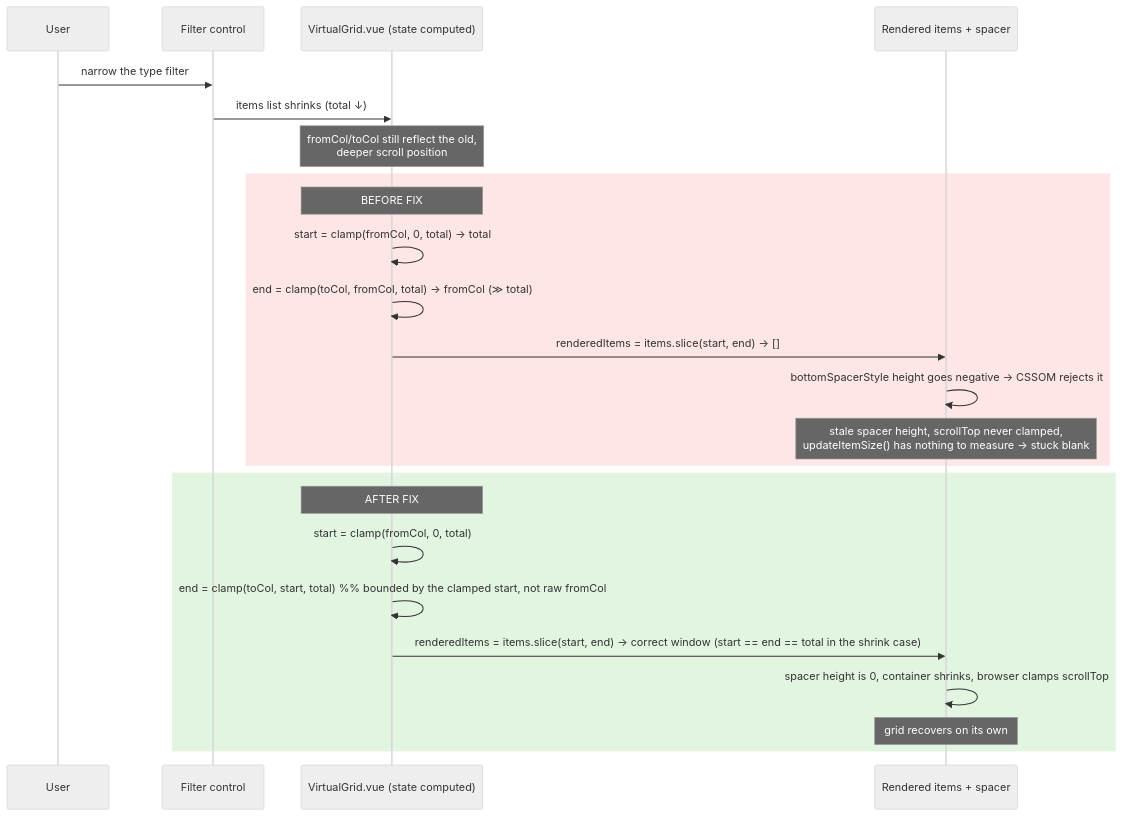
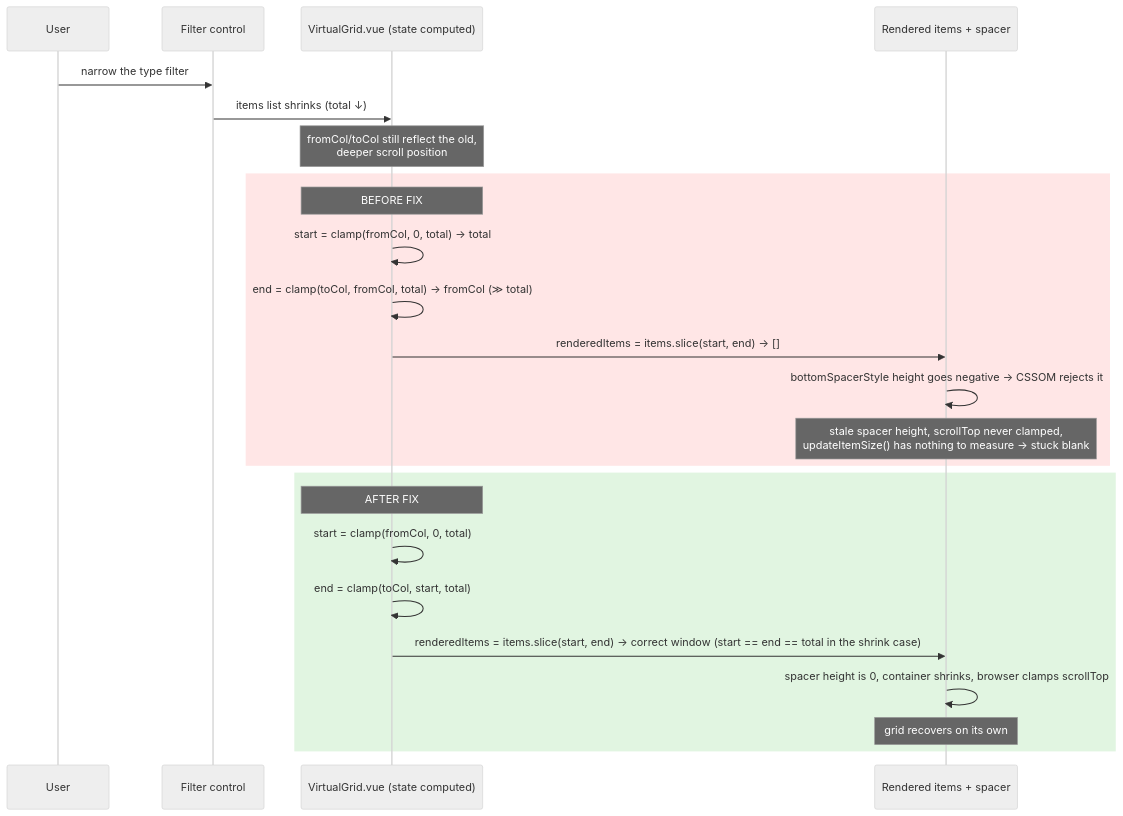
Before and after one commit to Comfy-Org/ComfyUI_frontend: the diagram in docs/tdd/2026-09-qa-followup-security-and-stability-fixes.md, drawn with Mermaid (neutral theme).

Commit message:
docs: remove redundant Mermaid comment
Amp-Thread-ID: https://ampcode.com/threads/T-01a0db96-01bf-76d4-81a5-97fe361171fe

````diff
--- a/docs/tdd/2026-09-qa-followup-security-and-stability-fixes.md
+++ b/docs/tdd/2026-09-qa-followup-security-and-stability-fixes.md
@@ -68,29 +68,29 @@
 ```mermaid
 sequenceDiagram
     participant User
     participant Filter as Filter control
     participant Grid as VirtualGrid.vue (state computed)
     participant DOM as Rendered items + spacer
 
     User->>Filter: narrow the type filter
     Filter->>Grid: items list shrinks (total ↓)
     Note over Grid: fromCol/toCol still reflect the old,<br/>deeper scroll position
 
     rect rgb(255,230,230)
     Note over Grid: BEFORE FIX
     Grid->>Grid: start = clamp(fromCol, 0, total) → total
     Grid->>Grid: end = clamp(toCol, fromCol, total) → fromCol (≫ total)
     Grid->>DOM: renderedItems = items.slice(start, end) → []
     DOM->>DOM: bottomSpacerStyle height goes negative → CSSOM rejects it
     Note over DOM: stale spacer height, scrollTop never clamped,<br/>updateItemSize() has nothing to measure → stuck blank
     end
 
     rect rgb(225,245,225)
     Note over Grid: AFTER FIX
     Grid->>Grid: start = clamp(fromCol, 0, total)
-    Grid->>Grid: end = clamp(toCol, start, total)  %% bounded by the clamped start, not raw fromCol
+    Grid->>Grid: end = clamp(toCol, start, total)
     Grid->>DOM: renderedItems = items.slice(start, end) → correct window (start == end == total in the shrink case)
     DOM->>DOM: spacer height is 0, container shrinks, browser clamps scrollTop
     Note over DOM: grid recovers on its own
     end
 ```
````
